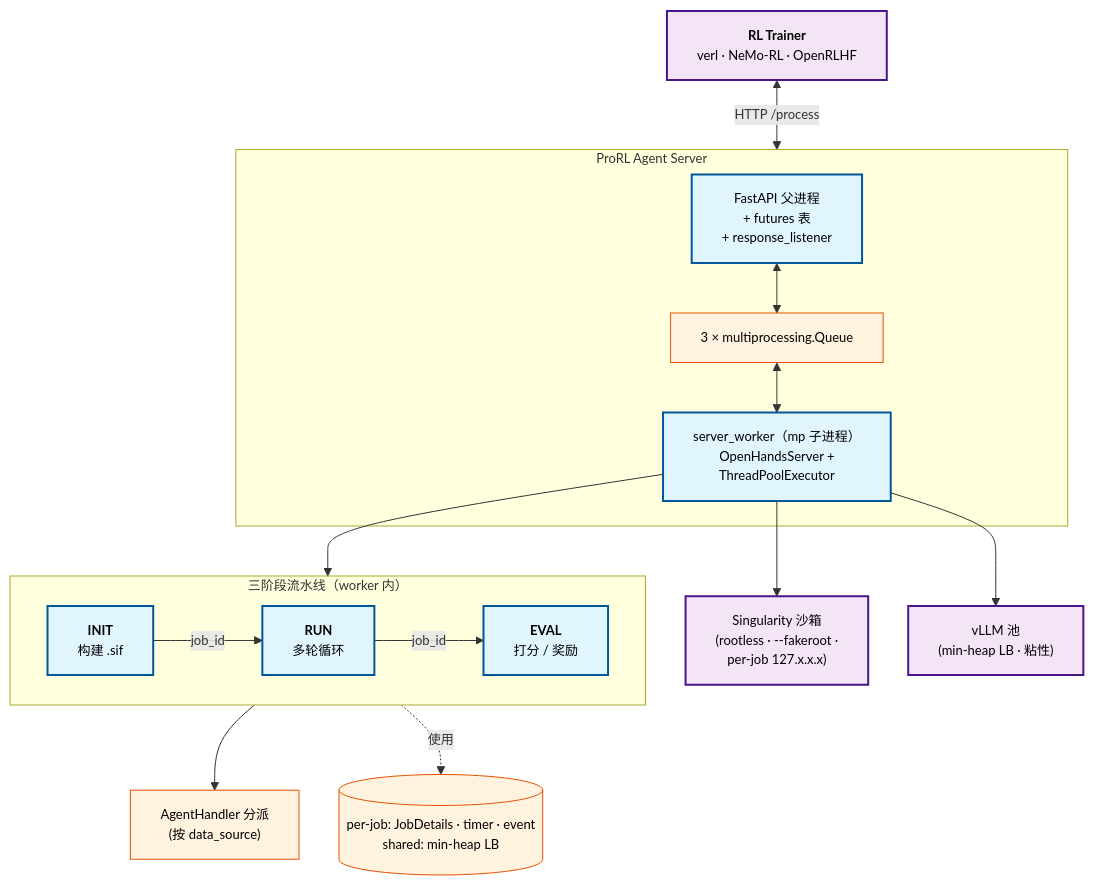
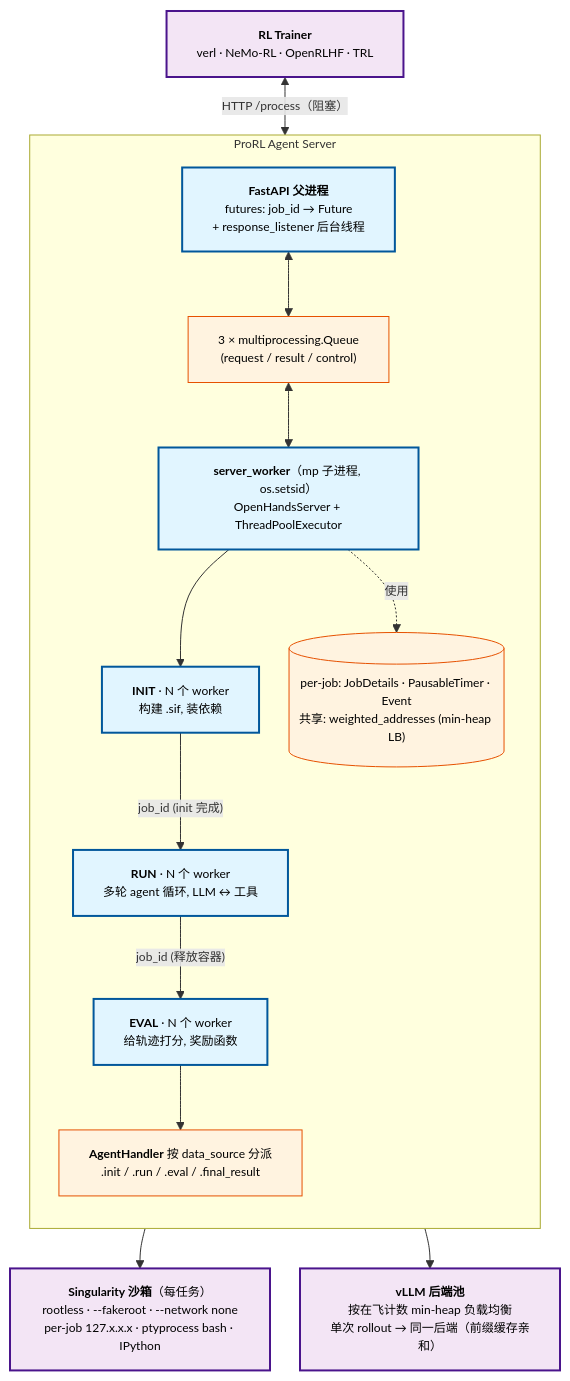
One commit to shikicloud/MLSys changed the diagram in CN/wiki/agentic-rl/prorl-agent.md. Above: the diagram before and after it, drawn with Mermaid. The commit also changed other lines of this file and 4 other files, not shown here.

````diff
--- a/CN/wiki/agentic-rl/prorl-agent.md
+++ b/CN/wiki/agentic-rl/prorl-agent.md
@@ -83,36 +83,36 @@
 ```mermaid
-%%{init: {"flowchart": {"nodeSpacing": 40, "rankSpacing": 50}, "themeVariables": {"fontSize": "13px"}}}%%
+%%{init: {"flowchart": {"nodeSpacing": 30, "rankSpacing": 40}, "themeVariables": {"fontSize": "12px"}}}%%
 flowchart TB
     classDef ext fill:#f3e5f5,stroke:#4a148c,stroke-width:2px,color:#000
     classDef svc fill:#e1f5ff,stroke:#01579b,stroke-width:2px,color:#000
     classDef state fill:#fff3e0,stroke:#e65100,stroke-width:1px,color:#000
 
-    Trainer["<b>RL Trainer</b><br/>verl · NeMo-RL · OpenRLHF"]:::ext
+    Trainer["<b>RL Trainer</b><br/>verl · NeMo-RL · OpenRLHF · TRL"]:::ext
 
     subgraph Server["ProRL Agent Server"]
-        FastAPI["FastAPI 父进程<br/>+ futures 表<br/>+ response_listener"]:::svc
-        MQ["3 × multiprocessing.Queue"]:::state
-        Worker["server_worker（mp 子进程）<br/>OpenHandsServer +<br/>ThreadPoolExecutor"]:::svc
-        FastAPI <--> MQ <--> Worker
+        direction TB
+        FastAPI["<b>FastAPI 父进程</b><br/>futures: job_id → Future<br/>+ response_listener 后台线程"]:::svc
+        MQ["3 × multiprocessing.Queue<br/>(request / result / control)"]:::state
+        Worker["<b>server_worker</b>（mp 子进程, os.setsid）<br/>OpenHandsServer + ThreadPoolExecutor"]:::svc
+        INIT["<b>INIT</b> · N 个 worker<br/>构建 .sif, 装依赖"]:::svc
+        RUN["<b>RUN</b> · N 个 worker<br/>多轮 agent 循环, LLM ↔ 工具"]:::svc
+        EVAL["<b>EVAL</b> · N 个 worker<br/>给轨迹打分, 奖励函数"]:::svc
+        AHandler["<b>AgentHandler</b> 按 data_source 分派<br/>.init / .run / .eval / .final_result"]:::state
+        State[("per-job: JobDetails · PausableTimer · Event<br/>共享: weighted_addresses (min-heap LB)")]:::state
+
+        FastAPI <--> MQ
+        MQ <--> Worker
+        Worker --> INIT
+        INIT -->|"job_id (init 完成)"| RUN
+        RUN -->|"job_id (释放容器)"| EVAL
+        EVAL --> AHandler
+        Worker -.使用.-> State
     end
 
-    subgraph Pipeline["三阶段流水线（worker 内）"]
-        direction LR
-        INIT["<b>INIT</b><br/>构建 .sif"]:::svc
-        RUN["<b>RUN</b><br/>多轮循环"]:::svc
-        EVAL["<b>EVAL</b><br/>打分 / 奖励"]:::svc
-        INIT -->|"job_id"| RUN -->|"job_id"| EVAL
-    end
+    Sandbox["<b>Singularity 沙箱</b>（每任务）<br/>rootless · --fakeroot · --network none<br/>per-job 127.x.x.x · ptyprocess bash · IPython"]:::ext
+    vLLM["<b>vLLM 后端池</b><br/>按在飞计数 min-heap 负载均衡<br/>单次 rollout → 同一后端（前缀缓存亲和）"]:::ext
 
-    AHandler["AgentHandler 分派<br/>(按 data_source)"]:::state
-    State[("per-job: JobDetails · timer · event<br/>shared: min-heap LB")]:::state
-    Sandbox["Singularity 沙箱<br/>(rootless · --fakeroot ·<br/>per-job 127.x.x.x)"]:::ext
-    vLLM["vLLM 池<br/>(min-heap LB · 粘性)"]:::ext
-
-    Trainer <-->|"HTTP /process"| Server
-    Worker --> Pipeline
-    Pipeline --> AHandler
-    Pipeline -.使用.-> State
+    Trainer <-->|"HTTP /process（阻塞）"| Server
     Worker --> Sandbox
     Worker --> vLLM
 ```
````
